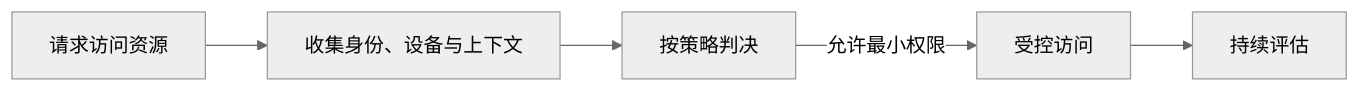
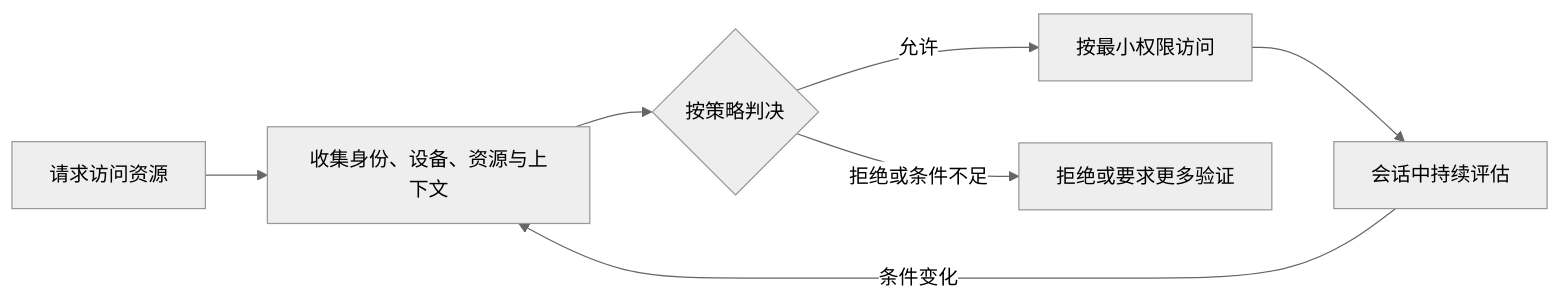
One commit to 74262195/system-architect-notes changed the diagram in 01_综合知识/03_信息安全技术/05_安全架构治理与可信/零信任架构.md. Above: the diagram before and after it, drawn with Mermaid (neutral theme). The commit also changed other lines of this file and 5 other files, not shown here.

Commit message:
docs: fix downstream security diagrams

````diff
--- a/01_综合知识/03_信息安全技术/05_安全架构治理与可信/零信任架构.md
+++ b/01_综合知识/03_信息安全技术/05_安全架构治理与可信/零信任架构.md
@@ -35,7 +35,9 @@
 ```mermaid
 flowchart LR
-    R[请求访问资源] --> C[收集身份、设备与上下文]
-    C --> D[按策略判决]
-    D -->|允许最小权限| A[受控访问]
-    A --> E[持续评估]
+    R[请求访问资源] --> C[收集身份、设备、资源与上下文]
+    C --> D{按策略判决}
+    D -->|允许| A[按最小权限访问]
+    D -->|拒绝或条件不足| X[拒绝或要求更多验证]
+    A --> E[会话中持续评估]
+    E -->|条件变化| C
 ```
````
